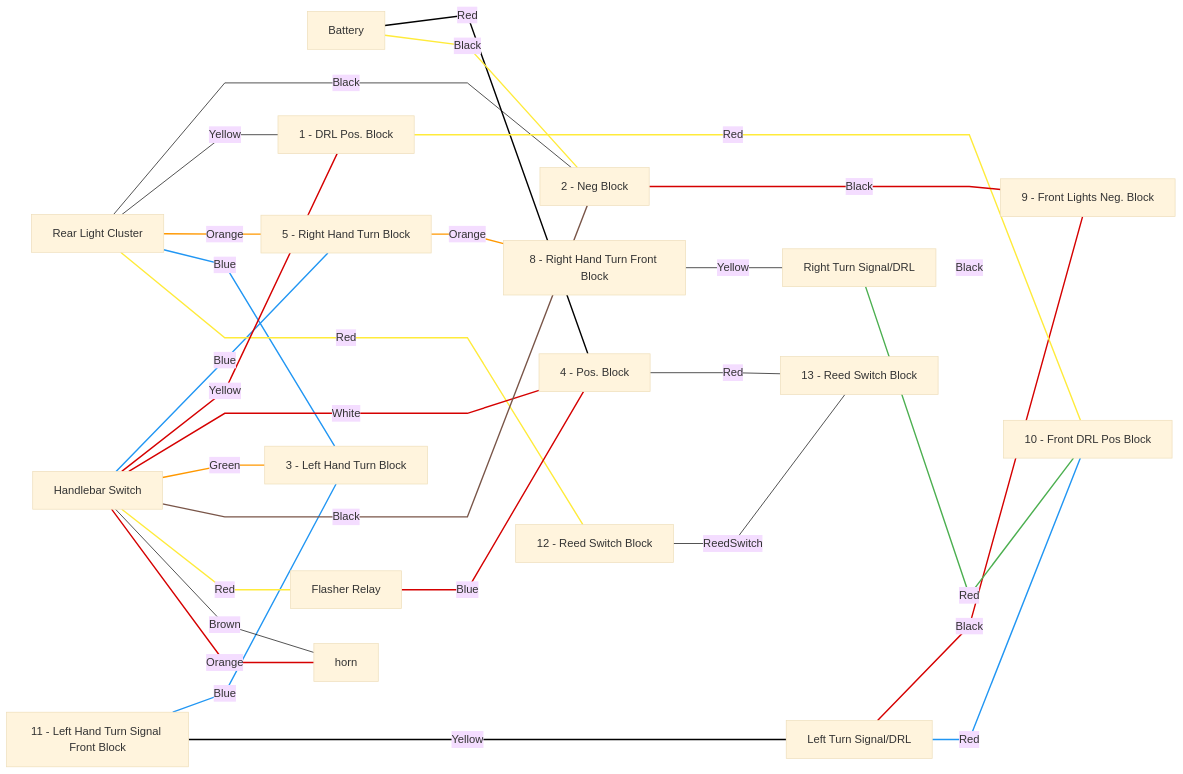
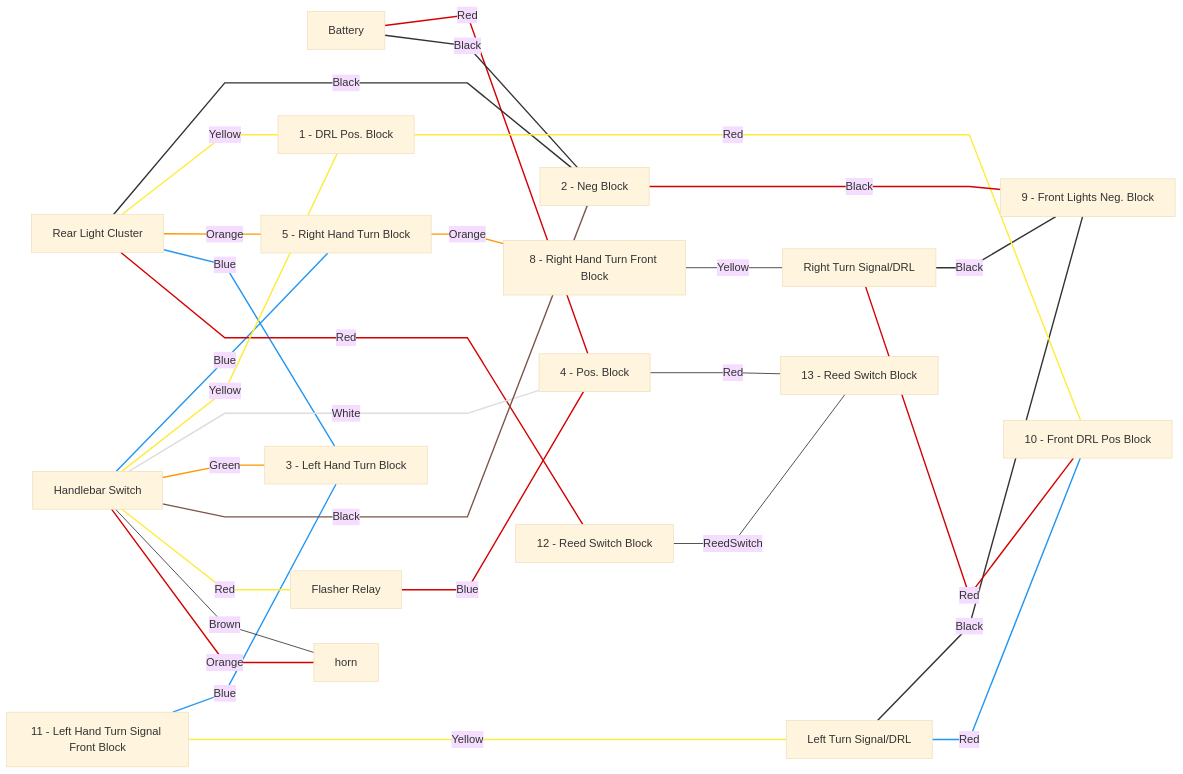
One commit to ElectricElk/schwinn-ss changed the diagram in wiring.md. Above: the diagram before and after it, drawn with Mermaid (base theme).

````diff
--- a/wiring.md
+++ b/wiring.md
@@ -12,15 +12,15 @@
     rc1 -- Blue --- node3[3]  
     node11[11 - Left Hand Turn Signal Front Block] -- Blue --- node3[3 - Left Hand Turn Block]   
     rc1 -- Red --- node12[12 - Reed Switch Block]  
-      
-    node11 -- Yellow --- lts[Left Turn Signal/DRL]  
+    node11 -- Yellow --- lts[Left Turn Signal/DRL]
     rts -- Black --- node9  
-    lts -- Black --- node9  
+    lts -- Black --- node9
     rts -- Red --- node10  
-    lts -- Red --- node10  
-    sw1[Handlebar Switch] -- Yellow --- node1    
-    sw1 -- White --- node4[4 - Pos. Block]   
-    sw1 -- Green --- node3    
+    lts -- Red --- node10
+    sw1[Handlebar Switch] -- Yellow --- node1
+    sw1 -- White --- node4[4 - Pos. Block]
+    sw1 -- Green --- node3
+ 
     sw1 -- Black --- node2    
     sw1 -- Red --- fr[Flasher Relay]    
     fr -- Blue --- node4    
@@ -33,42 +33,53 @@
     node12 -- ReedSwitch --- node13  
   
 %% Link Styles  
-%% Black  
-linkStyle 0 stroke:#000000,stroke-width:2px  
-linkStyle 1 stroke:#000000,stroke-width:2px  
-linkStyle 10 stroke:#000000,stroke-width:2px  
-  
-%% Red  
-linkStyle 12 stroke:#D50000,stroke-width:2px  
-linkStyle 15 stroke:#D50000,stroke-width:2px  
-linkStyle 16 stroke:#D50000,stroke-width:2px  
+%% Black - 333333
+%% White - DDDDDD
+%% Green - 4CAF50
+linkStyle 0 stroke:#D50000,stroke-width:2px 
+linkStyle 1 stroke:#333333,stroke-width:2px
+linkStyle 2 stroke:#333333,stroke-width:2px
+linkStyle 3 stroke:#FFEB3B,stroke-width:2px
+linkStyle 4 stroke:#FF9800,stroke-width:2px  
+linkStyle 5 stroke:#FF9800,stroke-width:2px
+linkStyle 6 stroke:#2196F3,stroke-width:2px  
+linkStyle 7 stroke:#2196F3,stroke-width:2px
+linkStyle 8 stroke:#2196F3,stroke-width:2px
+linkStyle 9 stroke:#D50000,stroke-width:2px  
+linkStyle 10 stroke:#FFEB3B,stroke-width:2px 
+linkStyle 11 stroke:#333333,stroke-width:2px
+linkStyle 12 stroke:#333333,stroke-width:2px
+linkStyle 13 stroke:#D50000,stroke-width:2px  
+linkStyle 14 stroke:#D50000,stroke-width:2px
+linkStyle 15 stroke:#FFEB3B,stroke-width:2px
+linkStyle 16 stroke:#DDDDDD,stroke-width:2px  
+linkStyle 17 stroke:#4CAF50,stroke-width:2px  
+
+%% Red
 linkStyle 20 stroke:#D50000,stroke-width:2px  
 linkStyle 22 stroke:#D50000,stroke-width:2px  
 linkStyle 24 stroke:#D50000,stroke-width:2px  
   
-%% Yellow  
-linkStyle 1 stroke:#FFEB3B,stroke-width:2px  
-linkStyle 9 stroke:#FFEB3B,stroke-width:2px  
+%% Yellow
+
+
+
 linkStyle 19 stroke:#FFEB3B,stroke-width:2px  
 linkStyle 23 stroke:#FFEB3B,stroke-width:2px  
   
 %% Orange  
-linkStyle 4 stroke:#FF9800,stroke-width:2px  
-linkStyle 5 stroke:#FF9800,stroke-width:2px  
+  
 linkStyle 17 stroke:#FF9800,stroke-width:2px  
   
 %% Blue  
-linkStyle 6 stroke:#2196F3,stroke-width:2px  
-linkStyle 7 stroke:#2196F3,stroke-width:2px  
-linkStyle 8 stroke:#2196F3,stroke-width:2px  
+ 
+ 
 linkStyle 14 stroke:#2196F3,stroke-width:2px  
   
-%% Green  
-linkStyle 13 stroke:#4CAF50,stroke-width:2px  
+
   
 %% Brown  
 linkStyle 18 stroke:#795548,stroke-width:2px  
   
-%% White  
-linkStyle 11 stroke:#FFFFFF,stroke-width:2px  
+
 ```  
````
